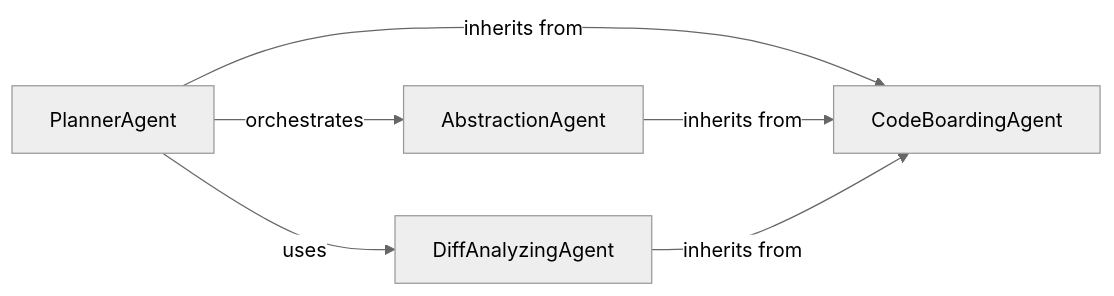
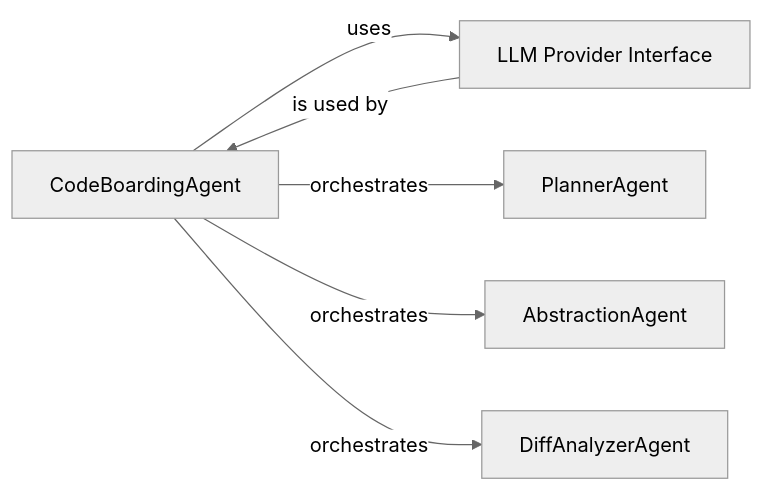
One commit to mariyam866/CodeBoarding changed the diagram in .codeboarding/AI_Analysis_Engine.md. Above: the diagram before and after it, drawn with Mermaid (neutral theme). The commit also changed other lines of this file and 11 other files, not shown here.

First line of the commit message:
docs: update codeboarding documentation and generate architecture

````diff
--- a/.codeboarding/AI_Analysis_Engine.md
+++ b/.codeboarding/AI_Analysis_Engine.md
@@ -1,12 +1,13 @@
 ```mermaid
 graph LR
     CodeBoardingAgent["CodeBoardingAgent"]
+    LLM_Provider_Interface["LLM Provider Interface"]
     PlannerAgent["PlannerAgent"]
     AbstractionAgent["AbstractionAgent"]
-    DiffAnalyzingAgent["DiffAnalyzingAgent"]
-    PlannerAgent -- "inherits from" --> CodeBoardingAgent
-    AbstractionAgent -- "inherits from" --> CodeBoardingAgent
-    DiffAnalyzingAgent -- "inherits from" --> CodeBoardingAgent
-    PlannerAgent -- "orchestrates" --> AbstractionAgent
-    PlannerAgent -- "uses" --> DiffAnalyzingAgent
+    DiffAnalyzerAgent["DiffAnalyzerAgent"]
+    CodeBoardingAgent -- "uses" --> LLM_Provider_Interface
+    CodeBoardingAgent -- "orchestrates" --> PlannerAgent
+    CodeBoardingAgent -- "orchestrates" --> AbstractionAgent
+    CodeBoardingAgent -- "orchestrates" --> DiffAnalyzerAgent
+    LLM_Provider_Interface -- "is used by" --> CodeBoardingAgent
 ```
````
